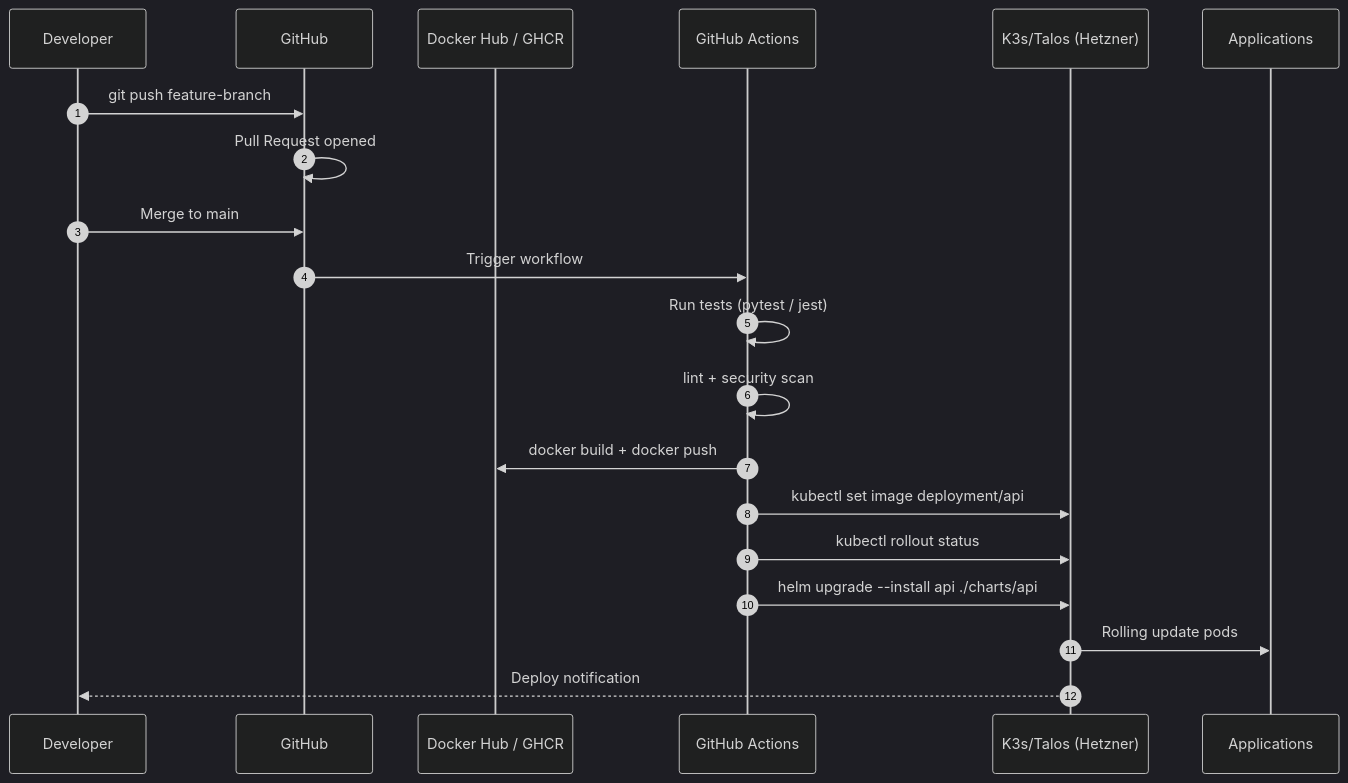
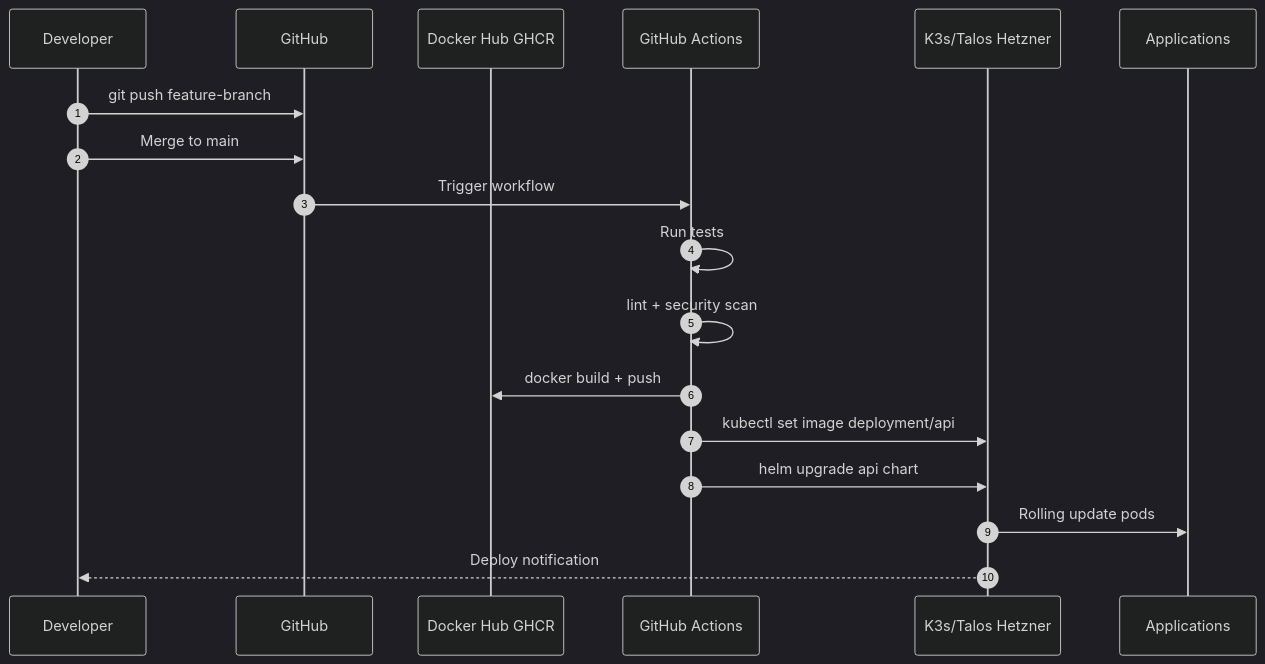
The eighth of 10 diagrams in README.md (DurianLAB/hetzner-to-eks), drawn with Mermaid (dark theme) before and after one commit. The commit also changed other lines of this file, not shown here.

````diff
--- a/README.md
+++ b/README.md
@@ -519,26 +434,24 @@
 ```mermaid
 sequenceDiagram
     autonumber
     participant DEV as Developer
     participant GH as GitHub
-    participant REG as Docker Hub / GHCR
+    participant REG as Docker Hub GHCR
     participant RUNNER as GitHub Actions
-    participant K8S as K3s/Talos (Hetzner)
+    participant K8S as K3s/Talos Hetzner
     participant APPS as Applications
 
     DEV->>GH: git push feature-branch
-    GH->>GH: Pull Request opened
     DEV->>GH: Merge to main
     GH->>RUNNER: Trigger workflow
 
-    RUNNER->>RUNNER: Run tests (pytest / jest)
+    RUNNER->>RUNNER: Run tests
     RUNNER->>RUNNER: lint + security scan
-    RUNNER->>REG: docker build + docker push
+    RUNNER->>REG: docker build + push
 
     RUNNER->>K8S: kubectl set image deployment/api
-    RUNNER->>K8S: kubectl rollout status
-    RUNNER->>K8S: helm upgrade --install api ./charts/api
+    RUNNER->>K8S: helm upgrade api chart
 
     K8S->>APPS: Rolling update pods
     K8S-->>DEV: Deploy notification
 ```
````
